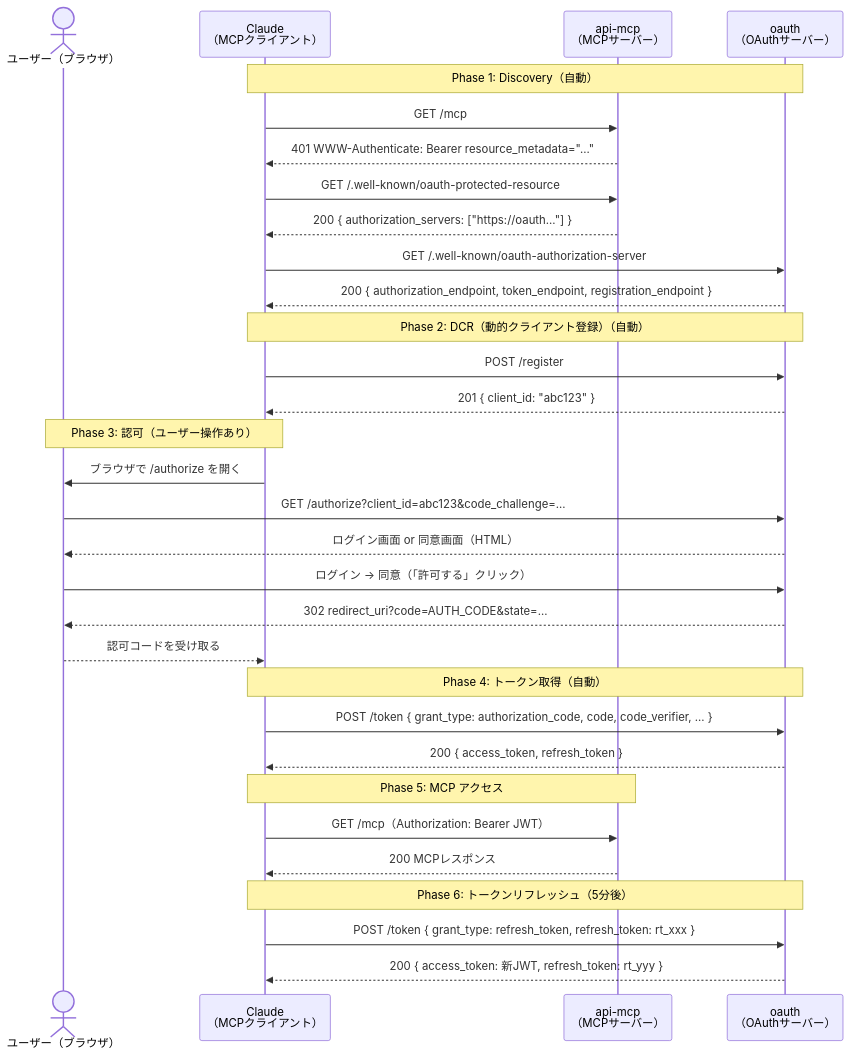
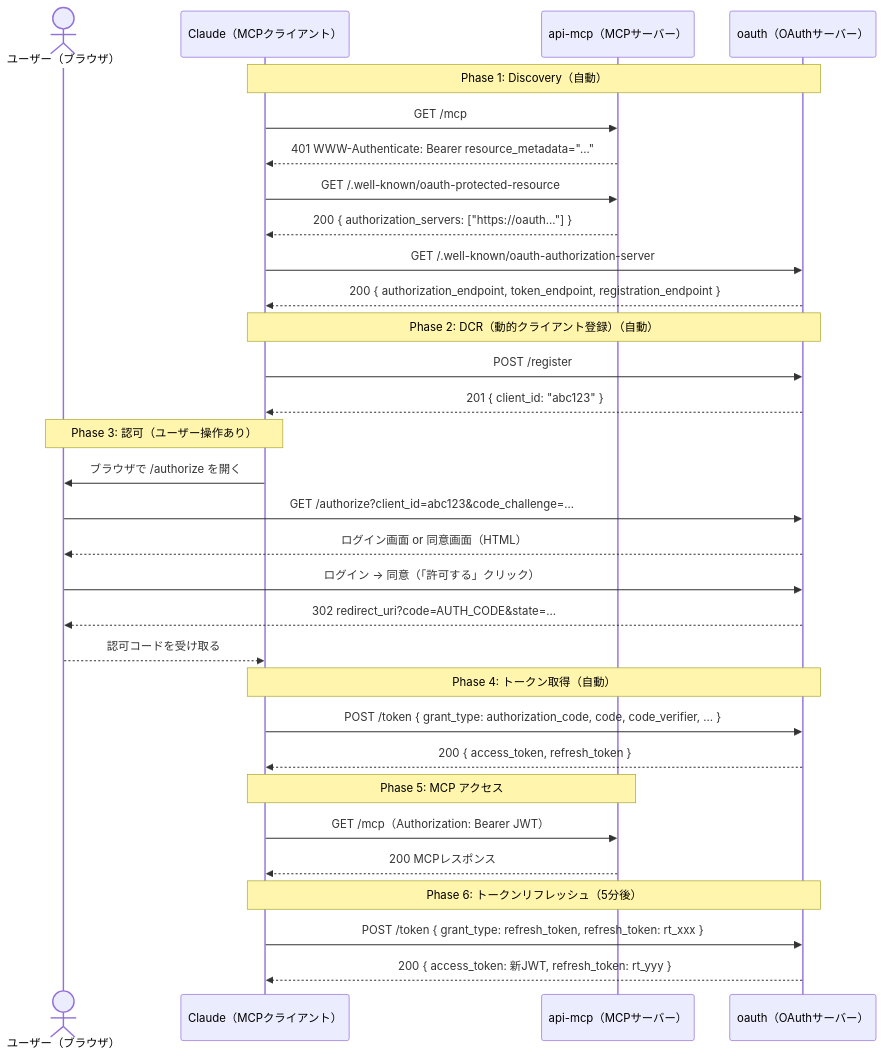
Before and after one commit to hideaki-kawai/mcp-oauth: the first of 3 diagrams in docs/learning/oauth-flow-guide.md, drawn with Mermaid. The commit also changed other lines of this file, not shown here.

````diff
--- a/docs/learning/oauth-flow-guide.md
+++ b/docs/learning/oauth-flow-guide.md
@@ -147,41 +147,41 @@
 ```mermaid
 sequenceDiagram
     actor User as ユーザー（ブラウザ）
-    participant Claude as Claude<br/>（MCPクライアント）
-    participant ApiMcp as api-mcp<br/>（MCPサーバー）
-    participant OAuth as oauth<br/>（OAuthサーバー）
+    participant Claude as Claude（MCPクライアント）
+    participant ApiMcp as api-mcp（MCPサーバー）
+    participant OAuth as oauth（OAuthサーバー）
 
     Note over Claude,OAuth: Phase 1: Discovery（自動）
     Claude->>ApiMcp: GET /mcp
     ApiMcp-->>Claude: 401 WWW-Authenticate: Bearer resource_metadata="..."
 
     Claude->>ApiMcp: GET /.well-known/oauth-protected-resource
     ApiMcp-->>Claude: 200 { authorization_servers: ["https://oauth..."] }
 
     Claude->>OAuth: GET /.well-known/oauth-authorization-server
     OAuth-->>Claude: 200 { authorization_endpoint, token_endpoint, registration_endpoint }
 
     Note over Claude,OAuth: Phase 2: DCR（動的クライアント登録）（自動）
     Claude->>OAuth: POST /register
     OAuth-->>Claude: 201 { client_id: "abc123" }
 
     Note over Claude,User: Phase 3: 認可（ユーザー操作あり）
     Claude->>User: ブラウザで /authorize を開く
     User->>OAuth: GET /authorize?client_id=abc123&code_challenge=...
     OAuth-->>User: ログイン画面 or 同意画面（HTML）
     User->>OAuth: ログイン → 同意（「許可する」クリック）
     OAuth-->>User: 302 redirect_uri?code=AUTH_CODE&state=...
     User-->>Claude: 認可コードを受け取る
 
     Note over Claude,OAuth: Phase 4: トークン取得（自動）
     Claude->>OAuth: POST /token { grant_type: authorization_code, code, code_verifier, ... }
     OAuth-->>Claude: 200 { access_token, refresh_token }
 
     Note over Claude,ApiMcp: Phase 5: MCP アクセス
     Claude->>ApiMcp: GET /mcp（Authorization: Bearer JWT）
     ApiMcp-->>Claude: 200 MCPレスポンス
 
     Note over Claude,OAuth: Phase 6: トークンリフレッシュ（5分後）
     Claude->>OAuth: POST /token { grant_type: refresh_token, refresh_token: rt_xxx }
     OAuth-->>Claude: 200 { access_token: 新JWT, refresh_token: rt_yyy }
 ```
````
